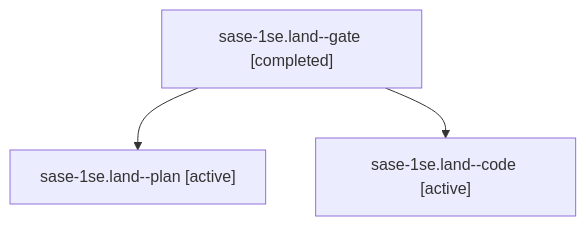
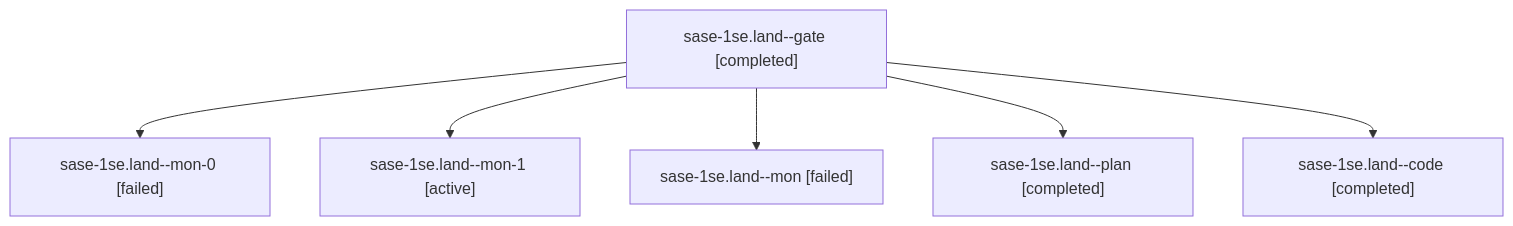
Before and after one commit to sase-org/sase--agents: the diagram in sessions/bbugyi200.athena.sase-1se.land.md, drawn with Mermaid. The commit also changed other lines of this file and 29 other files, not shown here.

````diff
--- a/sessions/bbugyi200.athena.sase-1se.land.md
+++ b/sessions/bbugyi200.athena.sase-1se.land.md
@@ -9,8 +9,14 @@
 ```mermaid
 flowchart TD
   n0["sase-1se.land--gate [completed]"]
-  n1["sase-1se.land--plan [active]"]
+  n1["sase-1se.land--mon-0 [failed]"]
   n0 --> n1
-  n2["sase-1se.land--code [active]"]
+  n2["sase-1se.land--mon-1 [active]"]
   n0 --> n2
+  n3["sase-1se.land--mon [failed]"]
+  n0 --> n3
+  n4["sase-1se.land--plan [completed]"]
+  n0 --> n4
+  n5["sase-1se.land--code [completed]"]
+  n0 --> n5
 ```
````
